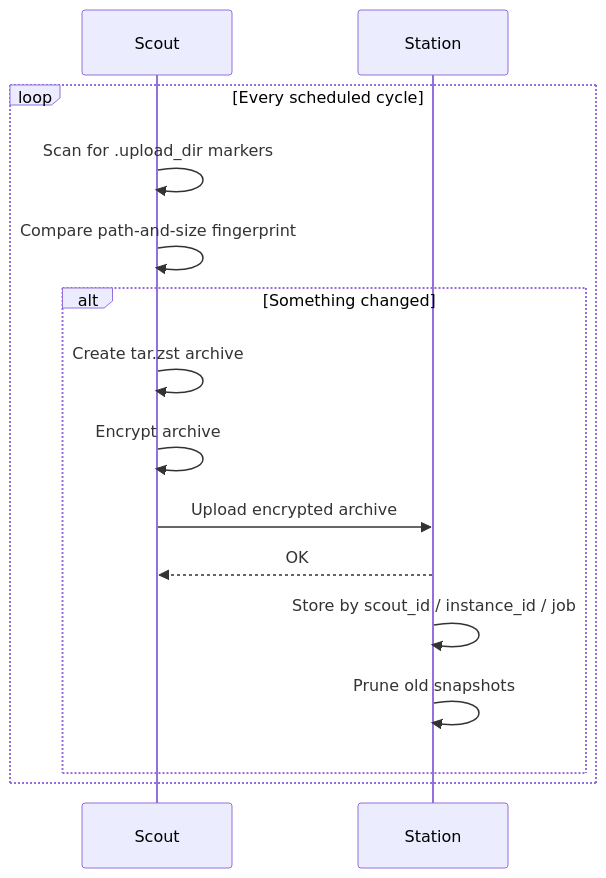
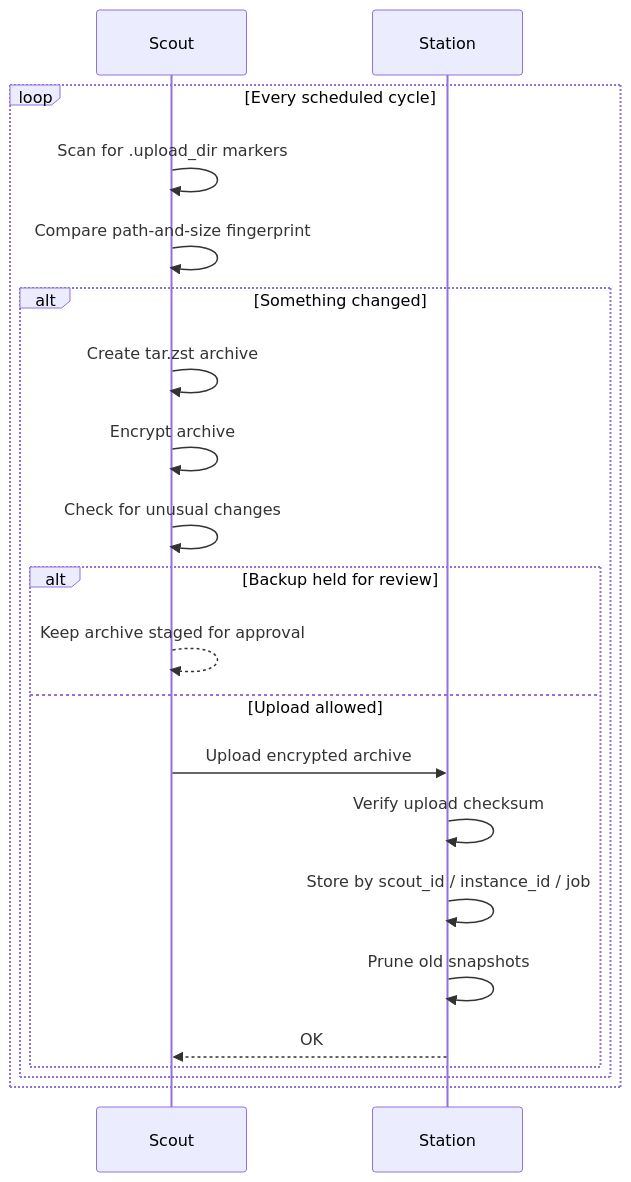
One commit to thesteau/3to1go changed the diagram in docs/concepts/how-it-works.mdx. Above: the diagram before and after it, drawn with Mermaid. The commit also changed other lines of this file and 13 other files, not shown here.

````diff
--- a/docs/concepts/how-it-works.mdx
+++ b/docs/concepts/how-it-works.mdx
@@ -48,18 +48,24 @@
 ```mermaid
 sequenceDiagram
     participant Scout
     participant Station
 
     loop Every scheduled cycle
         Scout->>Scout: Scan for .upload_dir markers
         Scout->>Scout: Compare path-and-size fingerprint
         alt Something changed
             Scout->>Scout: Create tar.zst archive
             Scout->>Scout: Encrypt archive
-            Scout->>Station: Upload encrypted archive
-            Station-->>Scout: OK
-            Station->>Station: Store by scout_id / instance_id / job
-            Station->>Station: Prune old snapshots
+            Scout->>Scout: Check for unusual changes
+            alt Backup held for review
+                Scout-->>Scout: Keep archive staged for approval
+            else Upload allowed
+                Scout->>Station: Upload encrypted archive
+                Station->>Station: Verify upload checksum
+                Station->>Station: Store by scout_id / instance_id / job
+                Station->>Station: Prune old snapshots
+                Station-->>Scout: OK
+            end
         end
     end
 ```
````
